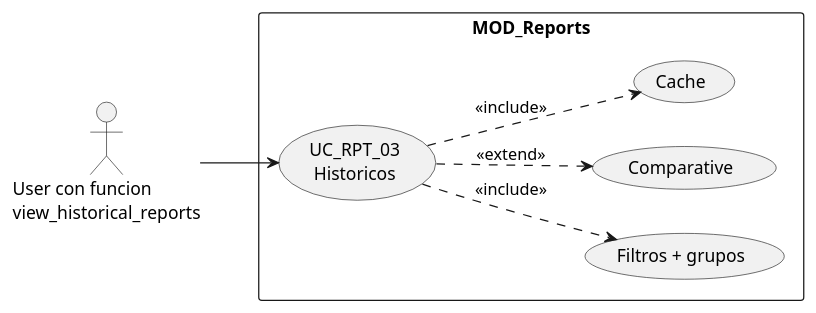
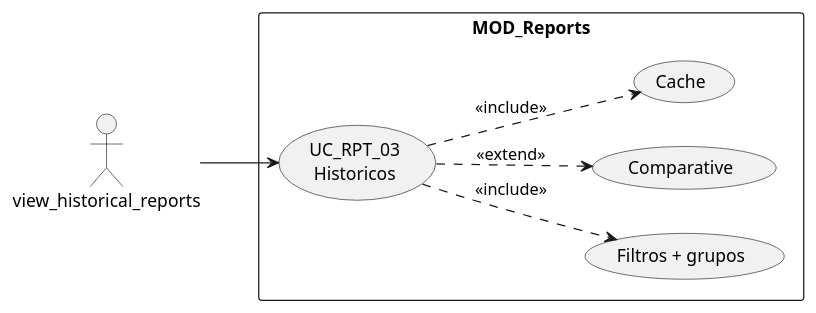
One commit to jcg-admin/IACT-docs changed the first of 4 diagrams in source/requisitos/casos-uso/reports/uc-rpt-03/diagramas-uml.rst. Above: the diagram before and after it, drawn with PlantUML. The commit also changed 77 other files, not shown here.

First line of the commit message:
Enforce RBAC function names as actors in all UML diagrams

```diff
--- a/source/requisitos/casos-uso/reports/uc-rpt-03/diagramas-uml.rst
+++ b/source/requisitos/casos-uso/reports/uc-rpt-03/diagramas-uml.rst
@@ -10,19 +10,19 @@
 .. uml::
  :caption: UC_RPT_03 — historicos
 
  @startuml
  left to right direction
- actor "User con funcion\nview_historical_reports" as USR
+ actor "view_historical_reports" as USR
 
  rectangle "MOD_Reports" {
    usecase "UC_RPT_03\nHistoricos" as UC03
    usecase "Filtros + grupos" as F
    usecase "Comparative" as C
    usecase "Cache" as CA
  }
 
  USR --> UC03
  UC03 ..> F : <<include>>
  UC03 ..> C : <<extend>>
  UC03 ..> CA : <<include>>
  @enduml
```
